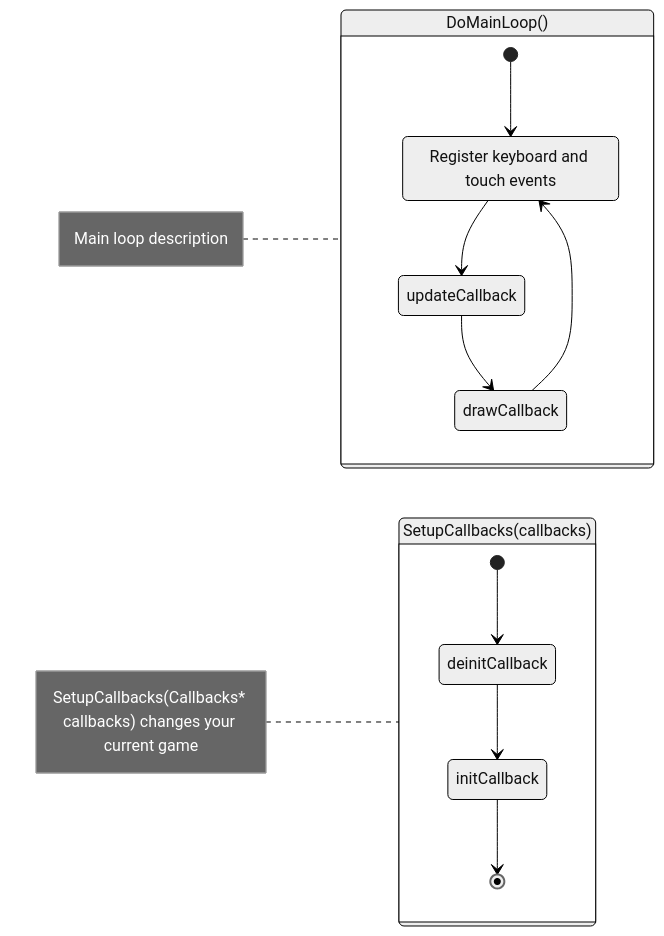
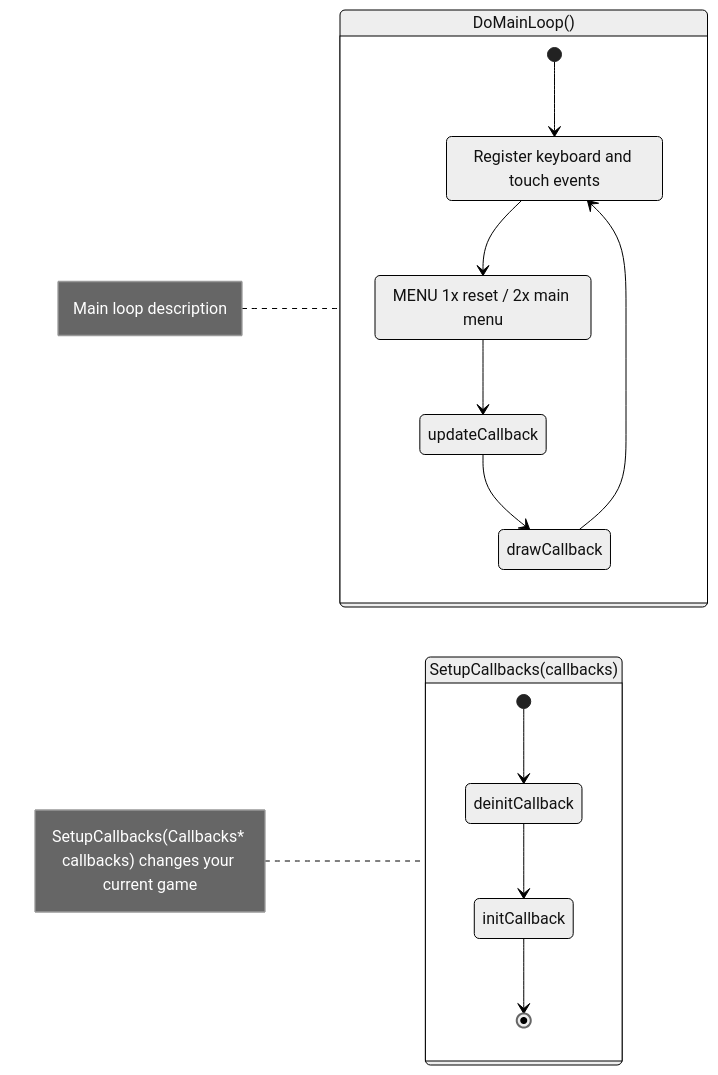
Before and after one commit to GrgoMariani/Raspberry-Pico-Pocket-Gamer: the first of 2 diagrams in README.md, drawn with Mermaid (neutral theme). The commit also changed other lines of this file and 51 other files, not shown here.

````diff
--- a/README.md
+++ b/README.md
@@ -93,20 +150,22 @@
 ```mermaid
 stateDiagram-v2
     direction LR
     A: DoMainLoop()
     note left of A: Main loop description
     state A {
       GetInputs: Register keyboard and touch events
       [*] --> GetInputs
-      GetInputs --> updateCallback
+      GetInputs --> MenuKey
+      MenuKey: MENU 1x reset / 2x main menu
+      MenuKey --> updateCallback
       updateCallback --> drawCallback
       drawCallback --> GetInputs
     }
     note left of B: SetupCallbacks(Callbacks* callbacks) changes your current game
     B: SetupCallbacks(callbacks)
     state B {
       [*] --> deinitCallback
       deinitCallback --> initCallback
       initCallback --> [*]
     }
 ```
````
